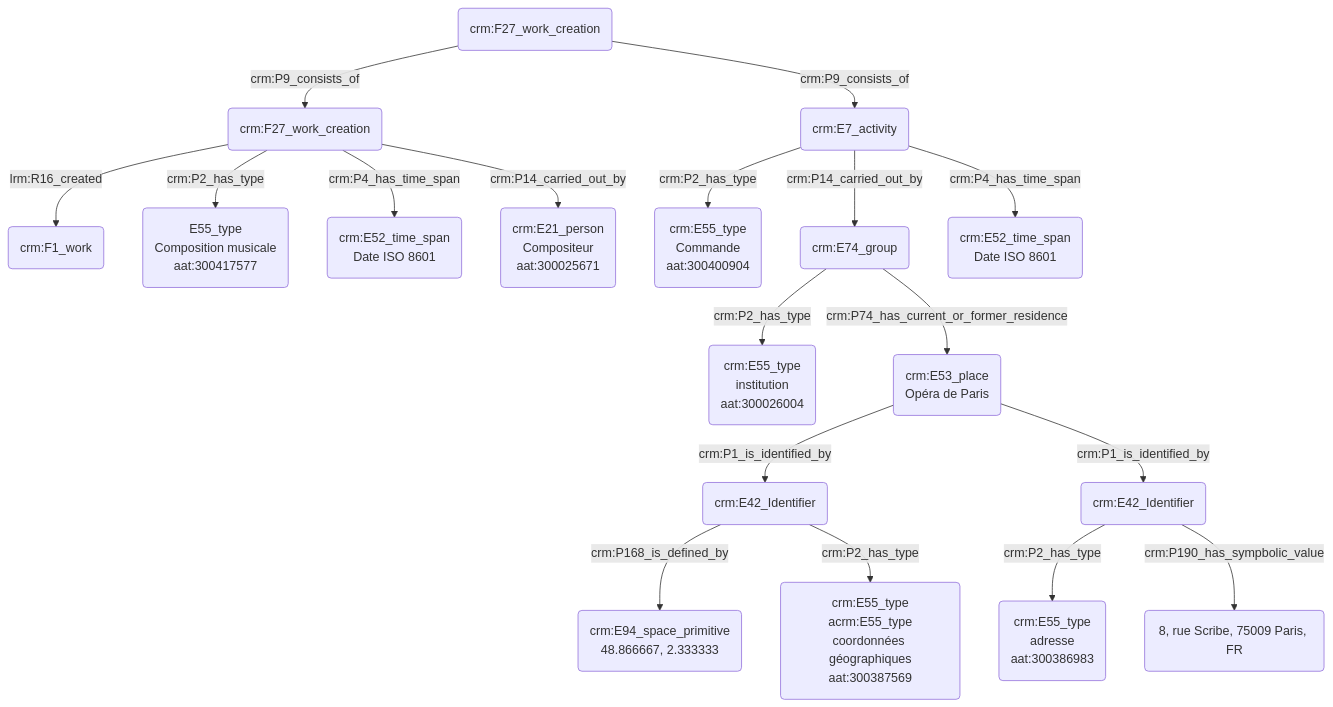
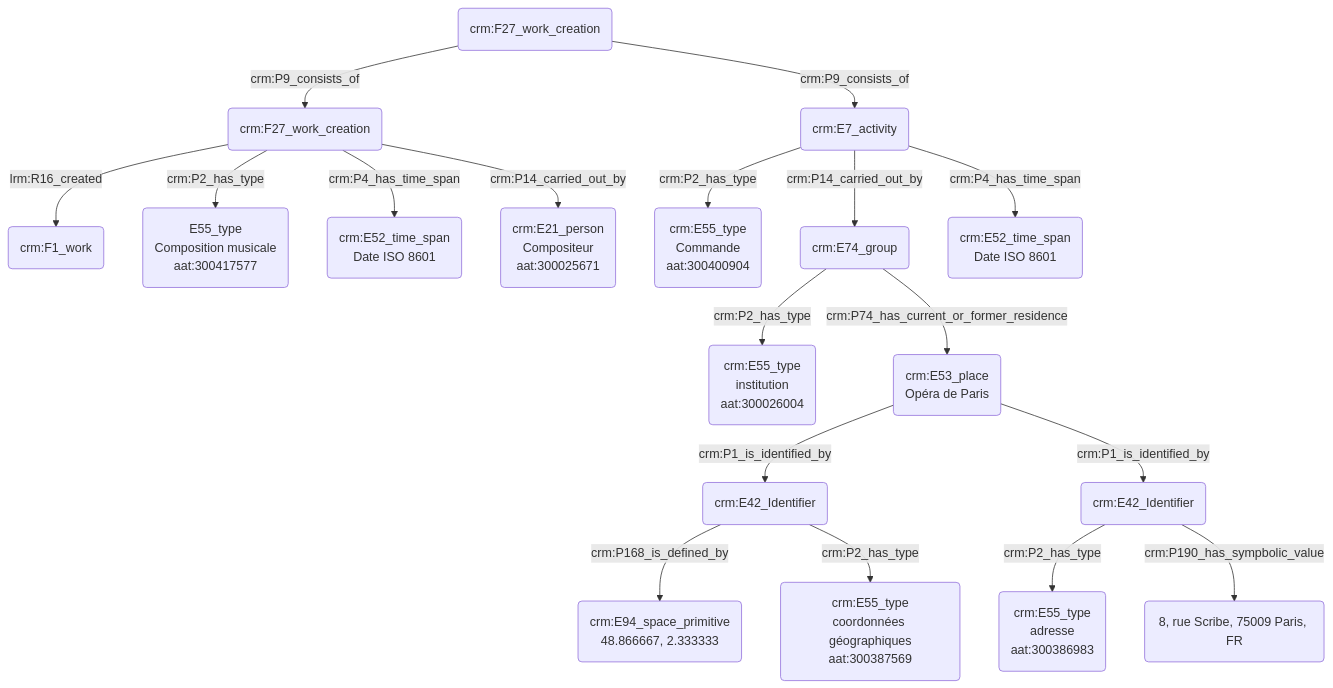
The diagram in modules/livrables/Dossier 2/Indexation conceptuelle/commanditaire d'une œuvre.md (Amleth/consortium-musica2-gt2-ontologies), drawn with Mermaid before and after one commit.

Commit message:
Update commanditaire d'une œuvre.md

````diff
--- a/modules/livrables/Dossier 2/Indexation conceptuelle/commanditaire d'une œuvre.md
+++ b/modules/livrables/Dossier 2/Indexation conceptuelle/commanditaire d'une œuvre.md
@@ -17,27 +17,27 @@
 ```mermaid
 graph TD;
 
 M(crm:F27_work_creation) --> |crm:P9_consists_of| A(crm:F27_work_creation)
 M(crm:F27_work_creation) --> |crm:P9_consists_of| C(crm:E7_activity)
 
 A(crm:F27_work_creation) --> |lrm:R16_created| B(crm:F1_work)
 A(crm:F27_work_creation) --> |crm:P2_has_type| N(E55_type<br>Composition musicale<br>aat:300417577)
 A(crm:F27_work_creation) --> |crm:P4_has_time_span| J(crm:E52_time_span<br>Date ISO 8601)
 A(crm:F27_work_creation) --> |crm:P14_carried_out_by| L(crm:E21_person<br>Compositeur<br>aat:300025671)
 
 C(crm:E7_activity) --> |crm:P2_has_type| D(crm:E55_type<br>Commande<br>aat:300400904)
 C(crm:E7_activity) --> |crm:P14_carried_out_by| E(crm:E74_group)
 C(crm:E7_activity) --> |crm:P4_has_time_span| K(crm:E52_time_span<br>Date ISO 8601)
 E(crm:E74_group) -->|crm:P2_has_type| F(crm:E55_type<br>institution<br>aat:300026004)
 E(crm:E74_group) --> |crm:P74_has_current_or_former_residence| I(crm:E53_place<br>Opéra de Paris)
 I(crm:E53_place<br>Opéra de Paris) --> |crm:P1_is_identified_by| V(crm:E42_Identifier)
 V(crm:E42_Identifier) --> |crm:P168_is_defined_by| G(crm:E94_space_primitive<br>48.866667, 2.333333)
-V(crm:E42_Identifier) --> |crm:P2_has_type| W(crm:E55_type<br>acrm:E55_type<br>coordonnées géographiques<br>aat:300387569)
+V(crm:E42_Identifier) --> |crm:P2_has_type| W(crm:E55_type<br>coordonnées géographiques<br>aat:300387569)
 
 I(crm:E53_place<br>Opéra de Paris) --> |crm:P1_is_identified_by| S(crm:E42_Identifier<br>Quai François Mauriac, 75706 Paris)
 S(crm:E42_Identifier) --> |crm:P2_has_type| T(crm:E55_type<br>adresse<br>aat:300386983)
 S(crm:E42_Identifier) --> |crm:P190_has_sympbolic_value| U(8, rue Scribe, 75009 Paris, FR)
 
 
 
 ```
````
